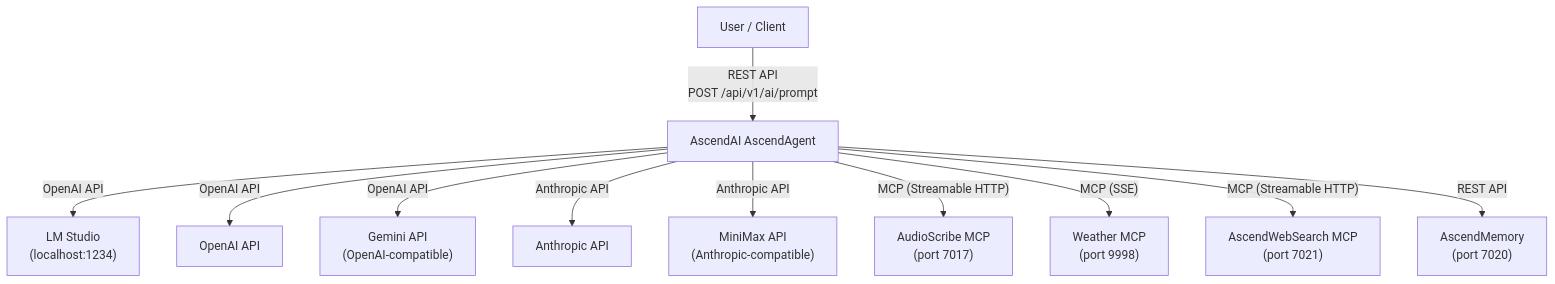
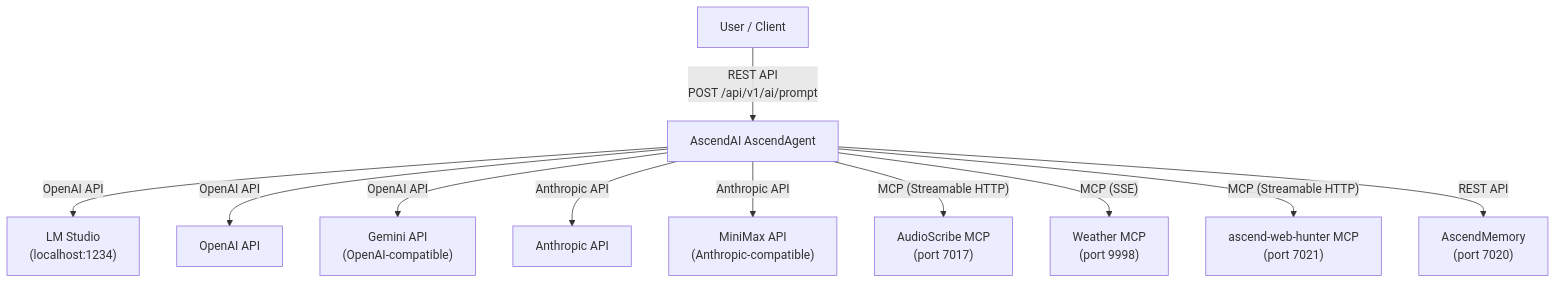
The diagram in AscendAgent/docs/architecture/arc42/03-context-and-scope.md (Lukk17/AscendAI), drawn with Mermaid before and after one commit. The commit also changed 422 other files, not shown here.

````diff
--- a/AscendAgent/docs/architecture/arc42/03-context-and-scope.md
+++ b/AscendAgent/docs/architecture/arc42/03-context-and-scope.md
@@ -7,25 +7,25 @@
 ```mermaid
 graph TB
     User["User / Client"]
     AscendAgent["AscendAI AscendAgent"]
     LMStudio["LM Studio<br/>(localhost:1234)"]
     OpenAI["OpenAI API"]
     Gemini["Gemini API<br/>(OpenAI-compatible)"]
     Anthropic["Anthropic API"]
     MiniMax["MiniMax API<br/>(Anthropic-compatible)"]
     AudioScribe["AudioScribe MCP<br/>(port 7017)"]
     Weather["Weather MCP<br/>(port 9998)"]
-    WebSearch["AscendWebSearch MCP<br/>(port 7021)"]
+    WebHunter["ascend-web-hunter MCP<br/>(port 7021)"]
     Memory["AscendMemory<br/>(port 7020)"]
 
     User -->|"REST API<br/>POST /api/v1/ai/prompt"| AscendAgent
     AscendAgent -->|"OpenAI API"| LMStudio
     AscendAgent -->|"OpenAI API"| OpenAI
     AscendAgent -->|"OpenAI API"| Gemini
     AscendAgent -->|"Anthropic API"| Anthropic
     AscendAgent -->|"Anthropic API"| MiniMax
     AscendAgent -->|"MCP (Streamable HTTP)"| AudioScribe
     AscendAgent -->|"MCP (SSE)"| Weather
-    AscendAgent -->|"MCP (Streamable HTTP)"| WebSearch
+    AscendAgent -->|"MCP (Streamable HTTP)"| WebHunter
     AscendAgent -->|"REST API"| Memory
 ```
````
